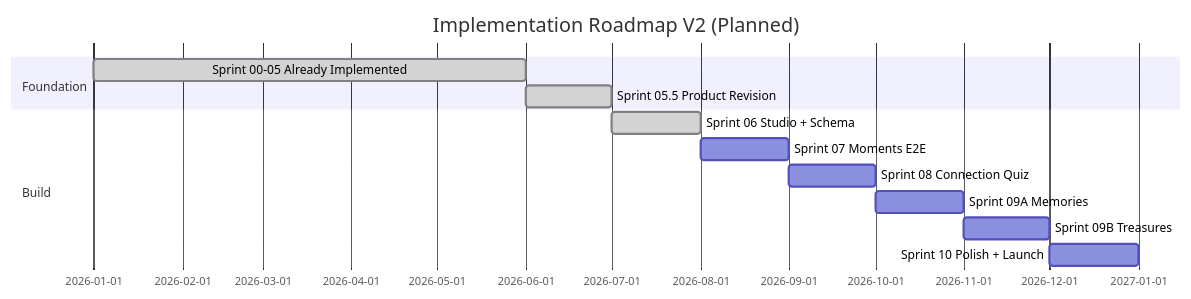
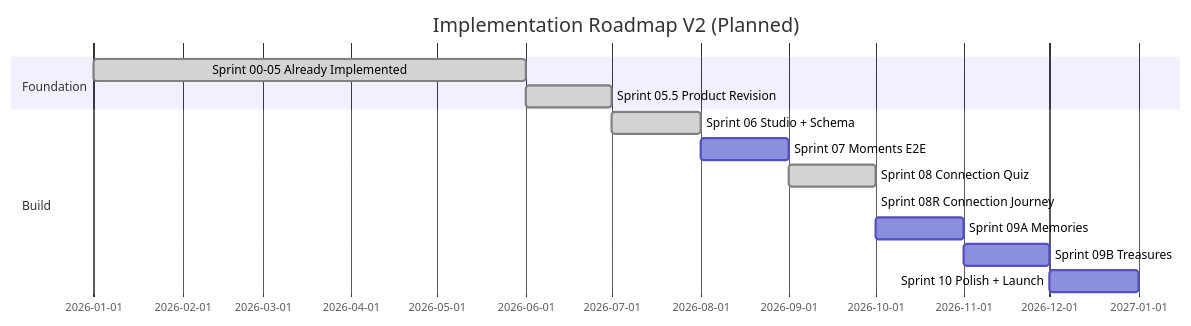
The first of 2 diagrams in docs/11_IMPLEMENTATION_ROADMAP_V2.md (vinoslwly/celebrate-florist), drawn with Mermaid before and after one commit. The commit also changed other lines of this file and 118 other files, not shown here.

First line of the commit message:
feat: Sprint 08R journey, Sprint 09A Memories, Sprint 09B Treasures, and Sprint 10 CF-R2

````diff
--- a/docs/11_IMPLEMENTATION_ROADMAP_V2.md
+++ b/docs/11_IMPLEMENTATION_ROADMAP_V2.md
@@ -44,15 +44,16 @@
 ```mermaid
 gantt
     title Implementation Roadmap V2 (Planned)
     dateFormat YYYY-MM
     section Foundation
     Sprint 00-05 Already Implemented :done, s05, 2026-01, 2026-06
     Sprint 05.5 Product Revision     :done, s055, 2026-06, 2026-07
     section Build
     Sprint 06 Studio + Schema      :done, s06, 2026-07, 2026-08
     Sprint 07 Moments E2E          :s07, 2026-08, 2026-09
-    Sprint 08 Connection Quiz      :s08, 2026-09, 2026-10
+    Sprint 08 Connection Quiz      :done, s08, 2026-09, 2026-10
+    Sprint 08R Connection Journey  :done, s08r, 2026-10, 2026-10
     Sprint 09A Memories            :s09a, 2026-10, 2026-11
     Sprint 09B Treasures           :s09b, 2026-11, 2026-12
     Sprint 10 Polish + Launch      :s10, 2026-12, 2027-01
 ```
````
